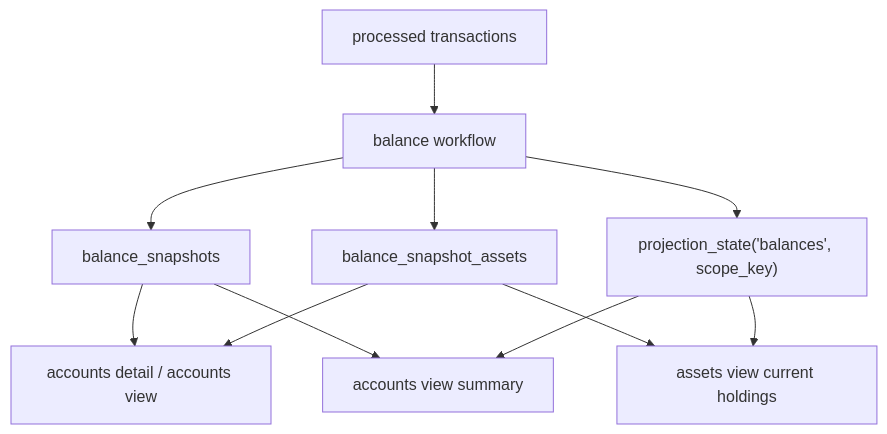
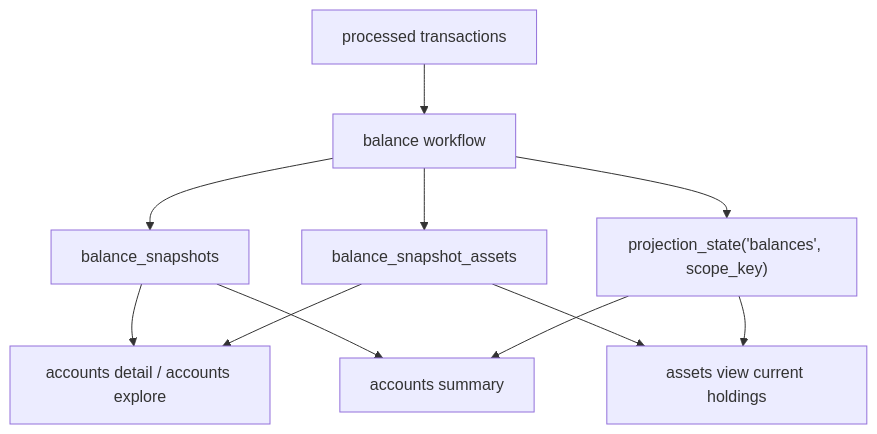
The diagram in docs/specs/balance-projection.md (jbelanger/exitbook), drawn with Mermaid before and after one commit. The commit also changed other lines of this file and 15 other files, not shown here.

````diff
--- a/docs/specs/balance-projection.md
+++ b/docs/specs/balance-projection.md
@@ -245,13 +245,13 @@
 ```mermaid
 graph TD
     A["processed transactions"] --> B["balance workflow"]
     B --> C["balance_snapshots"]
     B --> D["balance_snapshot_assets"]
     B --> E["projection_state('balances', scope_key)"]
-    C --> F["accounts detail / accounts view"]
+    C --> F["accounts detail / accounts explore"]
     D --> F
-    C --> G["accounts view summary"]
+    C --> G["accounts summary"]
     E --> G
     D --> H["assets view current holdings"]
     E --> H
 ```
````
